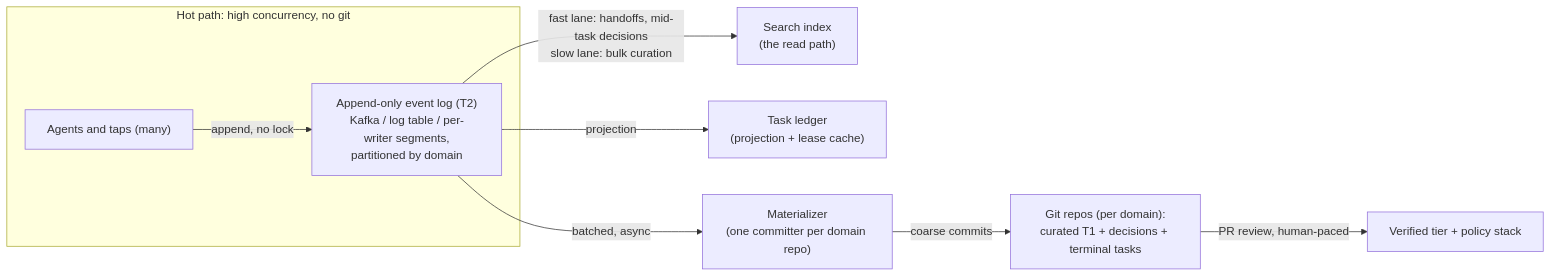
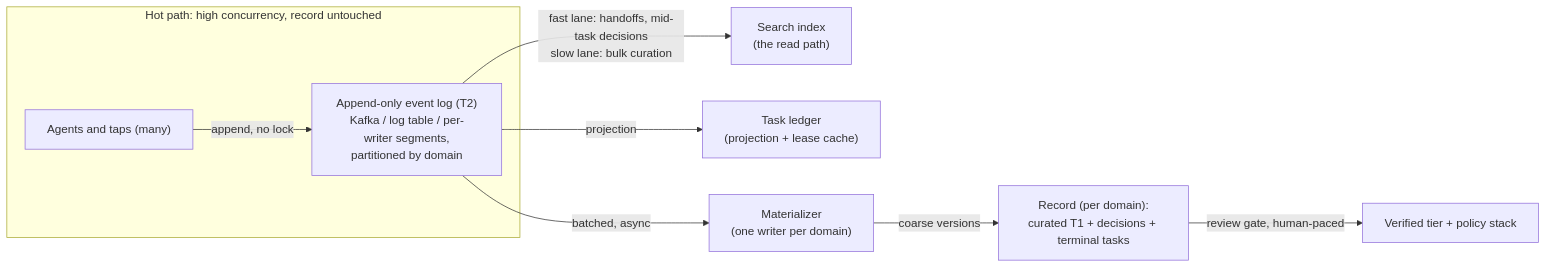
Before and after one commit to apache/tooling-memory: the second of 14 diagrams in docs/durable-memory-for-disposable-agents.md, drawn with Mermaid. The commit also changed other lines of this file, not shown here.

First line of the commit message:
Record: the paper names no engine (§1–§4, §11–§14)

````diff
--- a/docs/durable-memory-for-disposable-agents.md
+++ b/docs/durable-memory-for-disposable-agents.md
@@ -180,11 +180,11 @@
 ```mermaid
 flowchart LR
-    subgraph HOT["Hot path: high concurrency, no git"]
+    subgraph HOT["Hot path: high concurrency, record untouched"]
         A1["Agents and taps (many)"] -->|append, no lock| LOG["Append-only event log (T2)<br/>Kafka / log table / per-writer segments,<br/>partitioned by domain"]
     end
     LOG -->|"fast lane: handoffs, mid-task decisions<br/>slow lane: bulk curation"| IX["Search index<br/>(the read path)"]
     LOG -->|projection| BRD["Task ledger<br/>(projection + lease cache)"]
-    LOG -->|batched, async| MAT["Materializer<br/>(one committer per domain repo)"]
-    MAT -->|coarse commits| GIT["Git repos (per domain):<br/>curated T1 + decisions + terminal tasks"]
-    GIT -->|PR review, human-paced| VER["Verified tier + policy stack"]
+    LOG -->|batched, async| MAT["Materializer<br/>(one writer per domain)"]
+    MAT -->|coarse versions| REC["Record (per domain):<br/>curated T1 + decisions + terminal tasks"]
+    REC -->|review gate, human-paced| VER["Verified tier + policy stack"]
 ```
````
